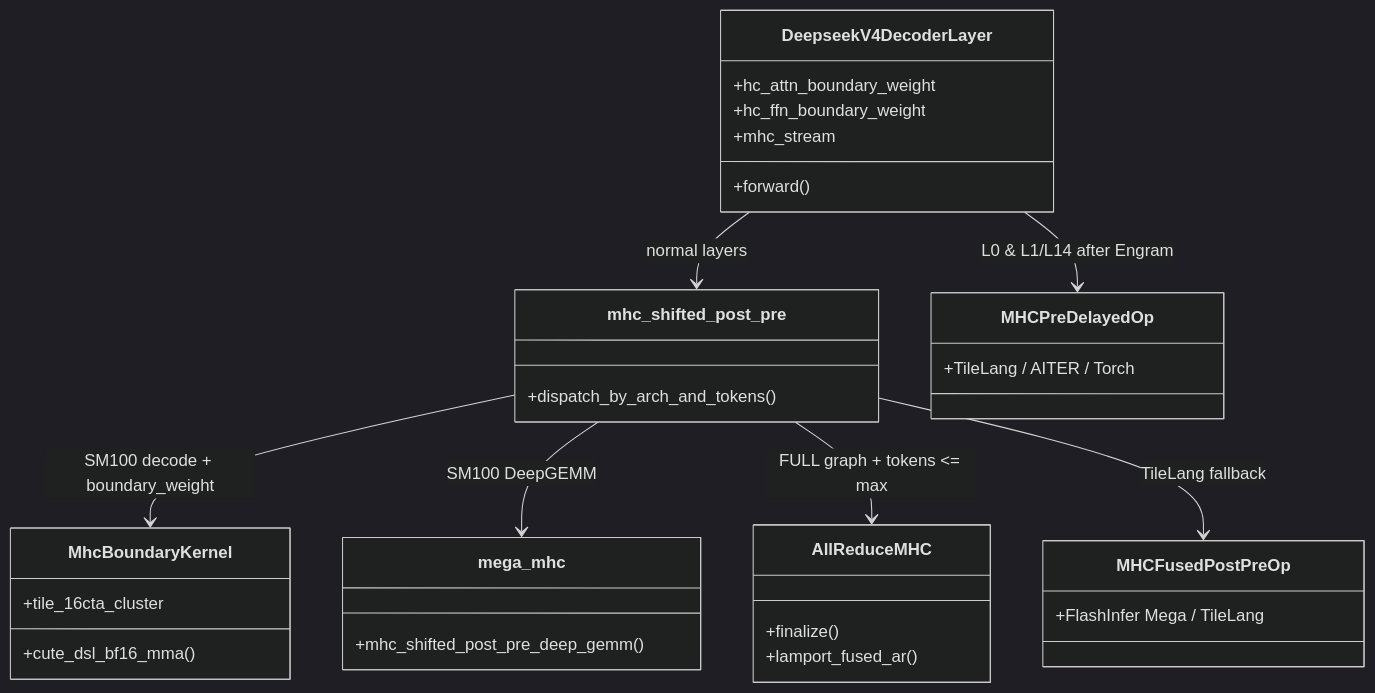
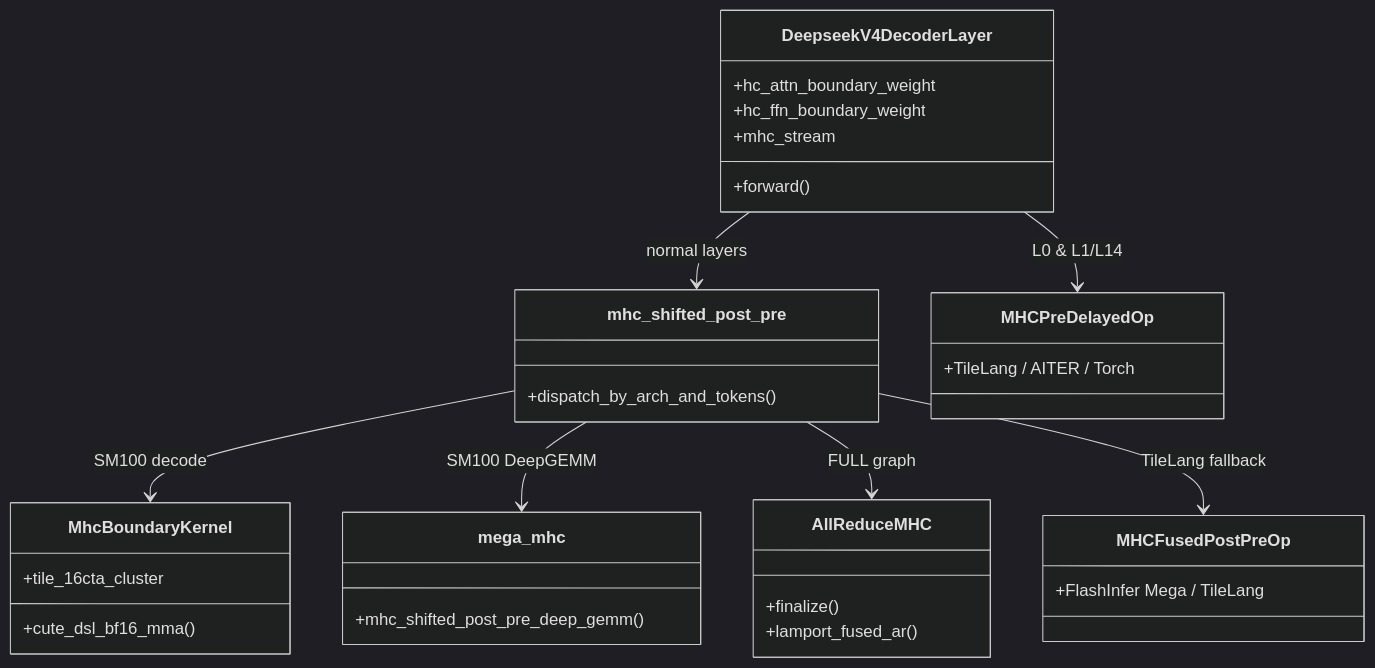
One commit to xingcanlee/infra-note changed the first of 3 diagrams in src/content/posts/deepseek/08-mhc/index.mdx. Above: the diagram before and after it, drawn with Mermaid (dark theme). The commit also changed other lines of this file and 7 other files, not shown here.

Commit message:
chore(deps): upgrade astro-wisp to 0.7.2 and refine math/diagram/table layouts

````diff
--- a/src/content/posts/deepseek/08-mhc/index.mdx
+++ b/src/content/posts/deepseek/08-mhc/index.mdx
@@ -336,36 +353,36 @@
 ```mermaid caption="图 11：vllm@99b0b0b0 中 mHC 通用算子层与 DeepSeek-V4.1 专用时移融合调度类关系"
 classDiagram
     class DeepseekV4DecoderLayer {
         +hc_attn_boundary_weight
         +hc_ffn_boundary_weight
         +mhc_stream
         +forward()
     }
     class mhc_shifted_post_pre {
         +dispatch_by_arch_and_tokens()
     }
     class MhcBoundaryKernel {
         +tile_16cta_cluster
         +cute_dsl_bf16_mma()
     }
     class mega_mhc {
         +mhc_shifted_post_pre_deep_gemm()
     }
     class AllReduceMHC {
         +finalize()
         +lamport_fused_ar()
     }
     class MHCPreDelayedOp {
         +TileLang / AITER / Torch
     }
     class MHCFusedPostPreOp {
         +FlashInfer Mega / TileLang
     }
 
     DeepseekV4DecoderLayer --> mhc_shifted_post_pre : normal layers
-    DeepseekV4DecoderLayer --> MHCPreDelayedOp : L0 & L1/L14 after Engram
-    mhc_shifted_post_pre --> MhcBoundaryKernel : SM100 decode + boundary_weight
+    DeepseekV4DecoderLayer --> MHCPreDelayedOp : L0 & L1/L14
+    mhc_shifted_post_pre --> MhcBoundaryKernel : SM100 decode
     mhc_shifted_post_pre --> mega_mhc : SM100 DeepGEMM
-    mhc_shifted_post_pre --> AllReduceMHC : FULL graph + tokens <= max
+    mhc_shifted_post_pre --> AllReduceMHC : FULL graph
     mhc_shifted_post_pre --> MHCFusedPostPreOp : TileLang fallback
 ```
````
